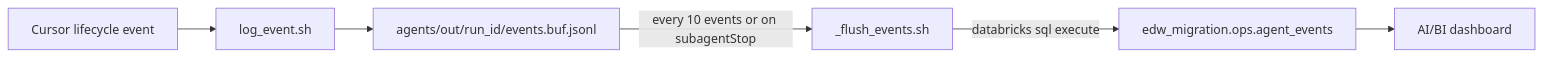
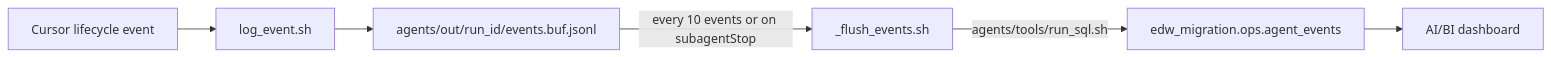
One commit to Jericho2010/edwmigration changed the diagram in .cursor/README.md. Above: the diagram before and after it, drawn with Mermaid. The commit also changed 34 other files, not shown here.

````diff
--- a/.cursor/README.md
+++ b/.cursor/README.md
@@ -38,8 +38,8 @@
 ```mermaid
 flowchart LR
   CursorEvent[Cursor lifecycle event] --> LogEvent[log_event.sh]
   LogEvent --> Buffer[agents/out/run_id/events.buf.jsonl]
   Buffer -->|every 10 events or on subagentStop| Flush[_flush_events.sh]
-  Flush -->|databricks sql execute| UC[edw_migration.ops.agent_events]
+  Flush -->|agents/tools/run_sql.sh| UC[edw_migration.ops.agent_events]
   UC --> Dashboard[AI/BI dashboard]
 ```
````
